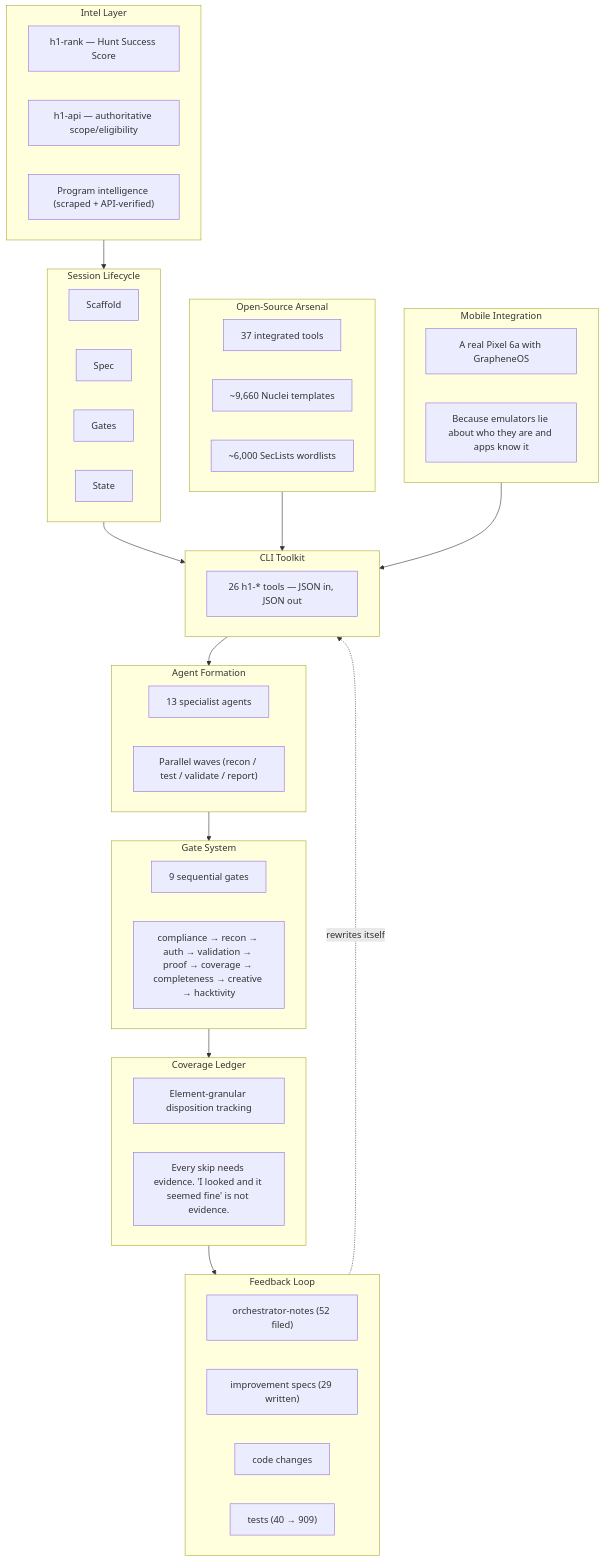
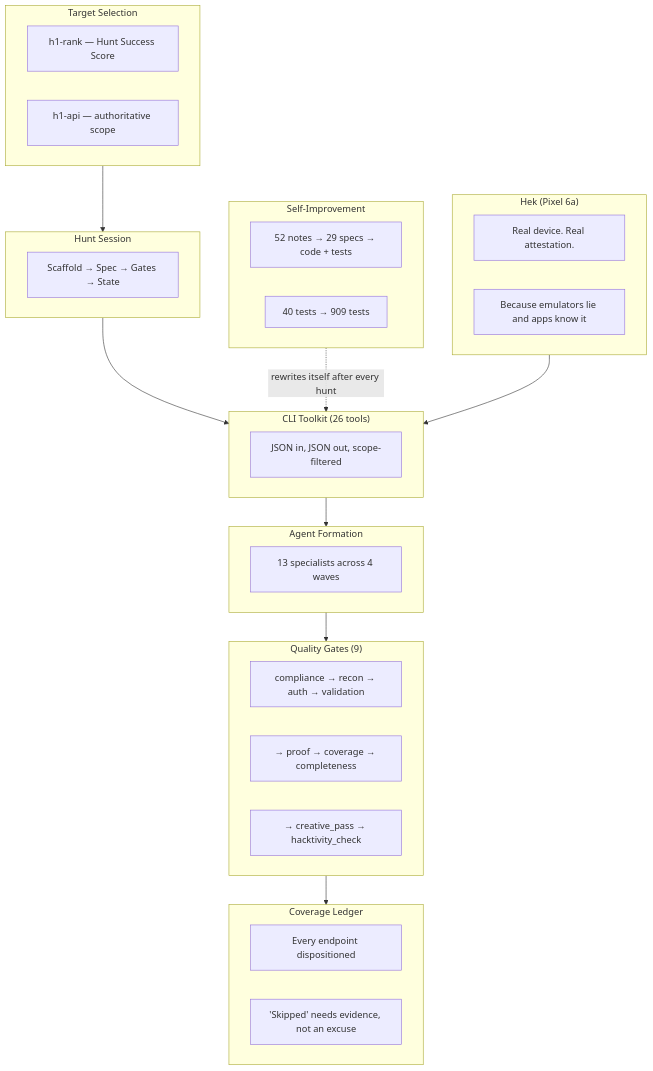
One commit to herakles-dev/h1-security-lab-showcase changed the diagram in README.md. Above: the diagram before and after it, drawn with Mermaid. The commit also changed other lines of this file, not shown here.

First line of the commit message:
docs: rewrite README with real project history — $0 earned, 22 hunts, every embarrassment

````diff
--- a/README.md
+++ b/README.md
@@ -41,57 +89,44 @@
 ```mermaid
 flowchart TB
-    subgraph Intel["Intel Layer"]
+    subgraph Intel["Target Selection"]
         A1["h1-rank — Hunt Success Score"]
-        A2["h1-api — authoritative scope/eligibility"]
-        A3["Program intelligence (scraped + API-verified)"]
+        A2["h1-api — authoritative scope"]
     end
 
-    subgraph Lifecycle["Session Lifecycle"]
-        B1["Scaffold"]
-        B2["Spec"]
-        B3["Gates"]
-        B4["State"]
+    subgraph Session["Hunt Session"]
+        B1["Scaffold → Spec → Gates → State"]
     end
 
-    subgraph Toolkit["CLI Toolkit"]
-        C1["26 h1-* tools — JSON in, JSON out"]
+    subgraph Toolkit["CLI Toolkit (26 tools)"]
+        C1["JSON in, JSON out, scope-filtered"]
     end
 
     subgraph Formation["Agent Formation"]
-        D1["13 specialist agents"]
-        D2["Parallel waves (recon / test / validate / report)"]
+        D1["13 specialists across 4 waves"]
     end
 
-    subgraph Gates["Gate System"]
-        E1["9 sequential gates"]
-        E2["compliance → recon → auth → validation → proof → coverage → completeness → creative → hacktivity"]
+    subgraph QA["Quality Gates (9)"]
+        E1["compliance → recon → auth → validation"]
+        E2["→ proof → coverage → completeness"]
+        E3["→ creative_pass → hacktivity_check"]
     end
 
     subgraph Ledger["Coverage Ledger"]
-        F1["Element-granular disposition tracking"]
-        F2["Every skip needs evidence. 'I looked and it seemed fine' is not evidence."]
+        F1["Every endpoint dispositioned"]
+        F2["'Skipped' needs evidence, not an excuse"]
     end
 
-    subgraph Feedback["Feedback Loop"]
-        G1["orchestrator-notes (52 filed)"]
-        G2["improvement specs (29 written)"]
-        G3["code changes"]
-        G4["tests (40 → 909)"]
+    subgraph Loop["Self-Improvement"]
+        G1["52 notes → 29 specs → code + tests"]
+        G2["40 tests → 909 tests"]
     end
 
-    subgraph Arsenal["Open-Source Arsenal"]
-        H1["37 integrated tools"]
-        H2["~9,660 Nuclei templates"]
-        H3["~6,000 SecLists wordlists"]
+    subgraph Mobile["Hek (Pixel 6a)"]
+        I1["Real device. Real attestation."]
+        I2["Because emulators lie and apps know it"]
     end
 
-    subgraph Mobile["Mobile Integration"]
-        I1["A real Pixel 6a with GrapheneOS"]
-        I2["Because emulators lie about who they are and apps know it"]
-    end
-
-    Intel --> Lifecycle --> Toolkit --> Formation --> Gates --> Ledger --> Feedback
-    Feedback -.->|"rewrites itself"| Toolkit
-    Arsenal --> Toolkit
+    Intel --> Session --> Toolkit --> Formation --> QA --> Ledger
+    Loop -.->|"rewrites itself after every hunt"| Toolkit
     Mobile --> Toolkit
 ```
````
